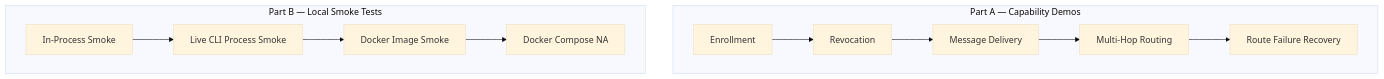
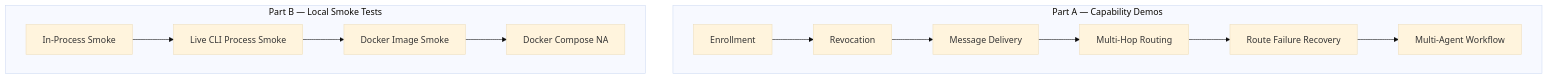
One commit to GenesisMeshLabs/genesismesh changed the first of 8 diagrams in docs/examples/demos.md. Above: the diagram before and after it, drawn with Mermaid (base theme). The commit also changed other lines of this file and 10 other files, not shown here.

First line of the commit message:
Implement multi-agent workflow with routing capabilities

````diff
--- a/docs/examples/demos.md
+++ b/docs/examples/demos.md
@@ -22,20 +22,21 @@
 ```{mermaid}
 flowchart TD
     subgraph A[Part A — Capability Demos]
         A1[Enrollment]
         A2[Revocation]
         A3[Message Delivery]
         A4[Multi-Hop Routing]
         A5[Route Failure Recovery]
+        A6[Multi-Agent Workflow]
     end
 
     subgraph B[Part B — Local Smoke Tests]
         B1[In-Process Smoke]
         B2[Live CLI Process Smoke]
         B3[Docker Image Smoke]
         B4[Docker Compose NA]
     end
 
-    A1 --> A2 --> A3 --> A4 --> A5
+    A1 --> A2 --> A3 --> A4 --> A5 --> A6
     B1 --> B2 --> B3 --> B4
 ```
````
